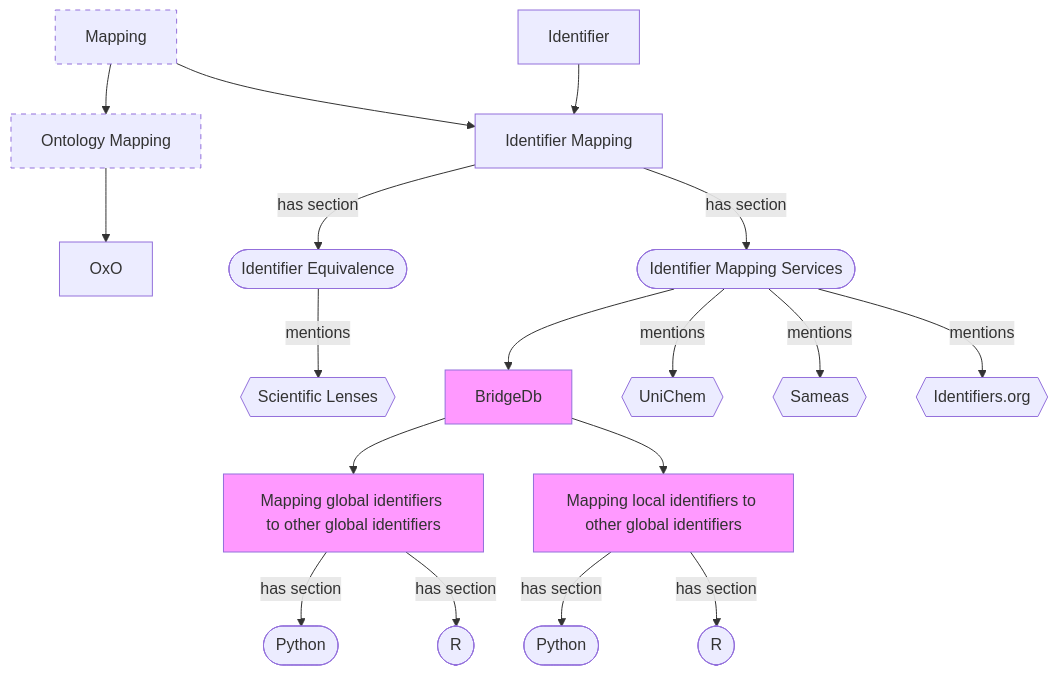
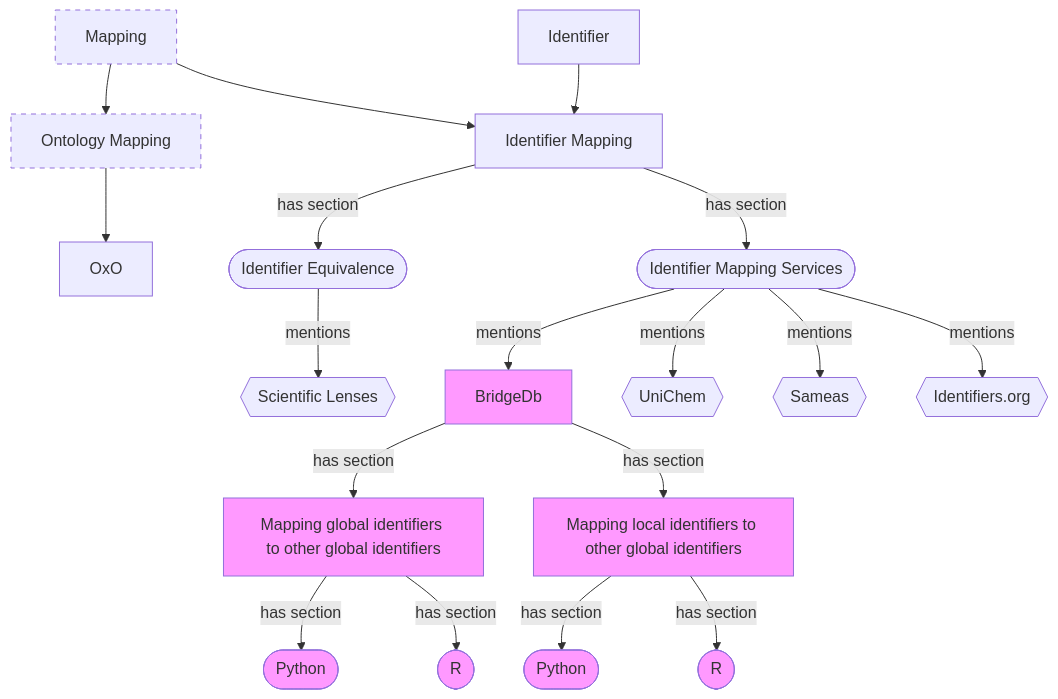
Before and after one commit to FAIRplus/the-fair-cookbook: the first of 3 diagrams in docs/content/recipes/interoperability/bridgedb-recipe.md, drawn with Mermaid. The commit also changed other lines of this file, not shown here.

````diff
--- a/docs/content/recipes/interoperability/bridgedb-recipe.md
+++ b/docs/content/recipes/interoperability/bridgedb-recipe.md
@@ -35,39 +33,44 @@
-<div class="mermaid">
+```mermaid
 
-    flowchart TB
+    graph TB
       I[Identifier]
       I --> IM[Identifier Mapping]
       M[Mapping] --> OM[Ontology Mapping]
       OM --> OxO
 
       M --> IM
 
       IM -- has section --> IMS
 
       IM -- has section--> IE([Identifier Equivalence])
       IE -- mentions--> SL{{Scientific Lenses}}
 
       IMS([Identifier Mapping Services])
-      IMS --> BDb[BridgeDb]
+      IMS -- mentions --> BDb[BridgeDb]
       IMS -- mentions --> UniChem{{UniChem}}
       IMS -- mentions --> Sameas{{Sameas}}
       IMS -- mentions --> Identifiers{{Identifiers.org}}
 
-      BDb --> MGG[Mapping global identifiers to other global identifiers]
-      BDb --> MLG[Mapping local identifiers to other global identifiers]
+      BDb -- has section --> MGG[Mapping global identifiers to other global identifiers]
+      BDb -- has section --> MLG[Mapping local identifiers to other global identifiers]
 
       MGG -- has section --> P1([Python])
       MGG -- has section --> R1([R])
       MLG -- has section --> P2([Python])
       MLG -- has section --> R2([R])
 
         style OM stroke-dasharray: 5 5
         style M stroke-dasharray: 5 5
 
-       style BDb fill:#f9f
-       style MLG fill:#f9f
-       style MGG fill:#f9f
+       classDef select fill:#f9f;
+       class BDb select;
+       class MLG select;
+       class MGG select;
+       class P1 select;
+       class P2 select;
+       class R1 select;
+       class R2 select;
       %% style IM fill:#f9f
       %% style I fill:#f9f
       %% style OxO fill:#f9f
-</div>
+```
````
